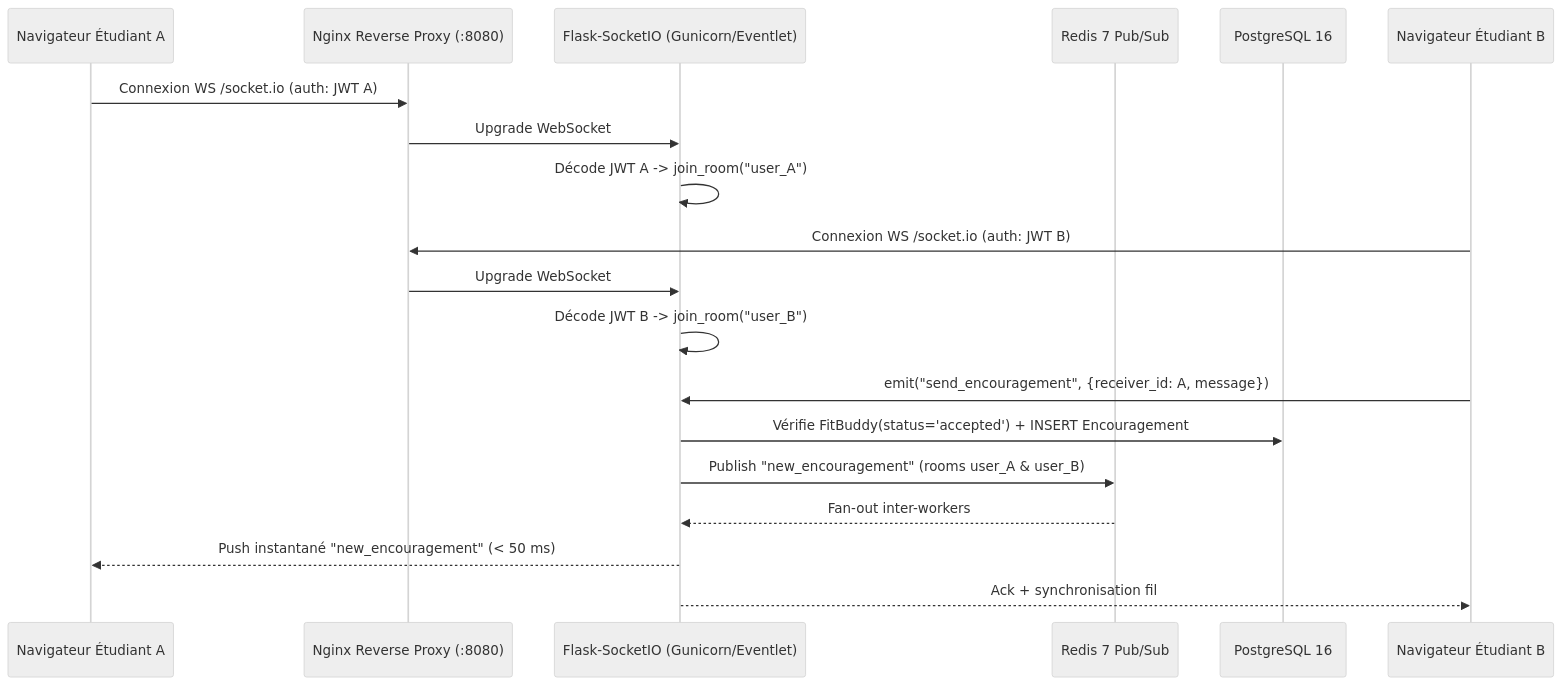
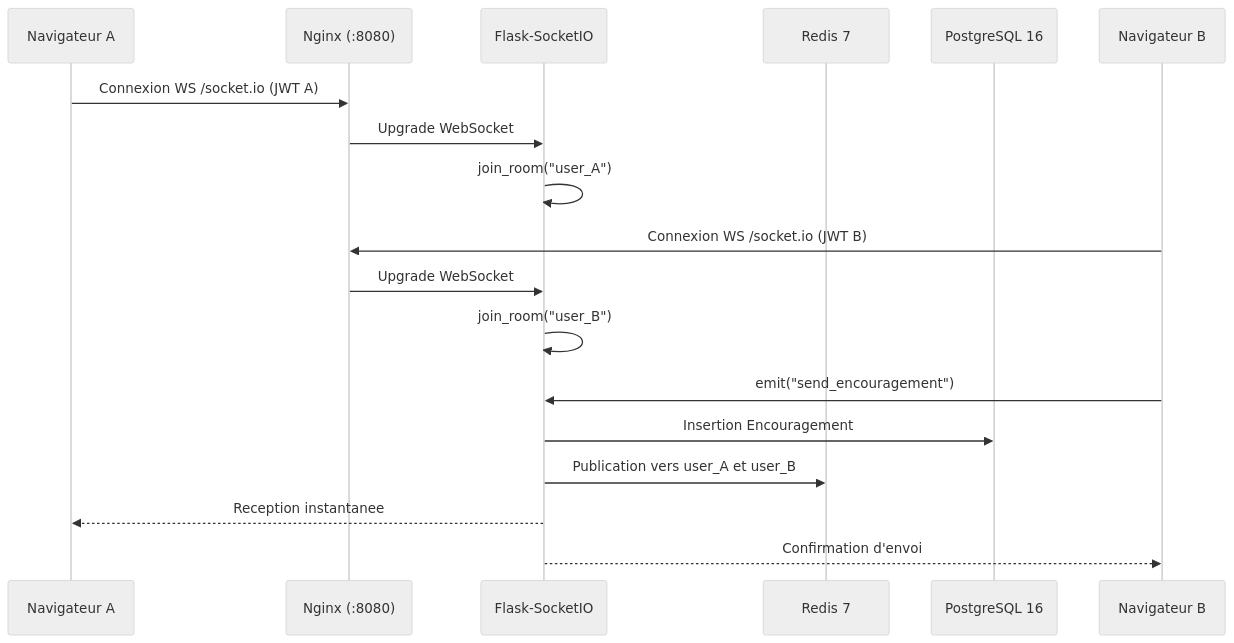
The second of 2 diagrams in docs/ARCHITECTURE_TECHNIQUE.md (frank-kenfack/FitHub-Campus), drawn with Mermaid (neutral theme) before and after one commit. The commit also changed other lines of this file and 52 other files, not shown here.

````diff
--- a/docs/ARCHITECTURE_TECHNIQUE.md
+++ b/docs/ARCHITECTURE_TECHNIQUE.md
@@ -66,23 +56,22 @@
 ```mermaid
 sequenceDiagram
-    participant BrowserA as Navigateur Étudiant A
-    participant Nginx as Nginx Reverse Proxy (:8080)
-    participant Backend as Flask-SocketIO (Gunicorn/Eventlet)
-    participant Redis as Redis 7 Pub/Sub
+    participant NavigateurA as Navigateur A
+    participant Nginx as Nginx (:8080)
+    participant Backend as Flask-SocketIO
+    participant Redis as Redis 7
     participant PG as PostgreSQL 16
-    participant BrowserB as Navigateur Étudiant B
+    participant NavigateurB as Navigateur B
 
-    BrowserA->>Nginx: Connexion WS /socket.io (auth: JWT A)
+    NavigateurA->>Nginx: Connexion WS /socket.io (JWT A)
     Nginx->>Backend: Upgrade WebSocket
-    Backend->>Backend: Décode JWT A -> join_room("user_A")
-    BrowserB->>Nginx: Connexion WS /socket.io (auth: JWT B)
+    Backend->>Backend: join_room("user_A")
+    NavigateurB->>Nginx: Connexion WS /socket.io (JWT B)
     Nginx->>Backend: Upgrade WebSocket
-    Backend->>Backend: Décode JWT B -> join_room("user_B")
+    Backend->>Backend: join_room("user_B")
 
-    BrowserB->>Backend: emit("send_encouragement", {receiver_id: A, message})
-    Backend->>PG: Vérifie FitBuddy(status='accepted') + INSERT Encouragement
-    Backend->>Redis: Publish "new_encouragement" (rooms user_A & user_B)
-    Redis-->>Backend: Fan-out inter-workers
-    Backend-->>BrowserA: Push instantané "new_encouragement" (< 50 ms)
-    Backend-->>BrowserB: Ack + synchronisation fil
+    NavigateurB->>Backend: emit("send_encouragement")
+    Backend->>PG: Insertion Encouragement
+    Backend->>Redis: Publication vers user_A et user_B
+    Backend-->>NavigateurA: Reception instantanee
+    Backend-->>NavigateurB: Confirmation d'envoi
 ```
````
